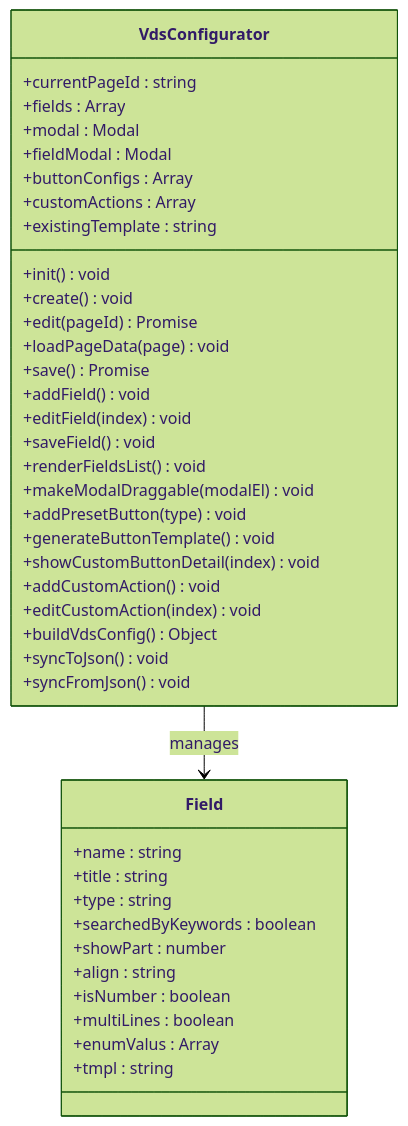
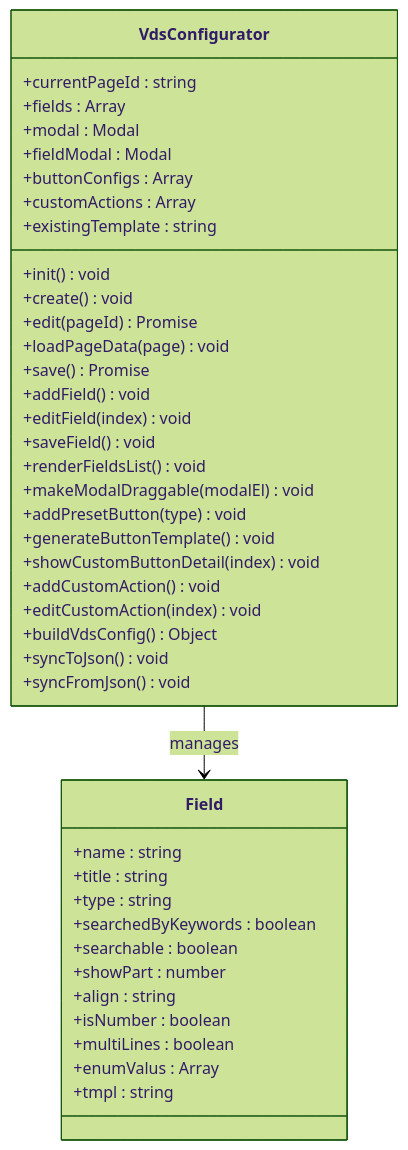
One commit to Sosososolong/AirGo changed the second of 18 diagrams in .qoder/repowiki/zh/content/VDS配置器JavaScript库.md. Above: the diagram before and after it, drawn with Mermaid (forest theme). The commit also changed other lines of this file and 4 other files, not shown here.

````diff
--- a/.qoder/repowiki/zh/content/VDS配置器JavaScript库.md
+++ b/.qoder/repowiki/zh/content/VDS配置器JavaScript库.md
@@ -91,43 +92,44 @@
 ```mermaid
 classDiagram
 class VdsConfigurator {
 +currentPageId : string
 +fields : Array
 +modal : Modal
 +fieldModal : Modal
 +buttonConfigs : Array
 +customActions : Array
 +existingTemplate : string
 +init() void
 +create() void
 +edit(pageId) Promise
 +loadPageData(page) void
 +save() Promise
 +addField() void
 +editField(index) void
 +saveField() void
 +renderFieldsList() void
 +makeModalDraggable(modalEl) void
 +addPresetButton(type) void
 +generateButtonTemplate() void
 +showCustomButtonDetail(index) void
 +addCustomAction() void
 +editCustomAction(index) void
 +buildVdsConfig() Object
 +syncToJson() void
 +syncFromJson() void
 }
 class Field {
 +name : string
 +title : string
 +type : string
 +searchedByKeywords : boolean
++searchable : boolean
 +showPart : number
 +align : string
 +isNumber : boolean
 +multiLines : boolean
 +enumValus : Array
 +tmpl : string
 }
 VdsConfigurator --> Field : manages
 ```
````
